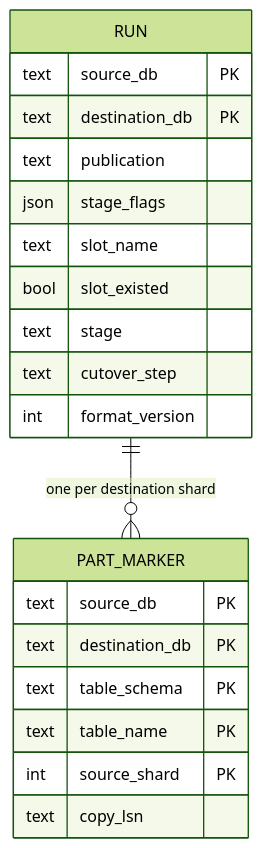
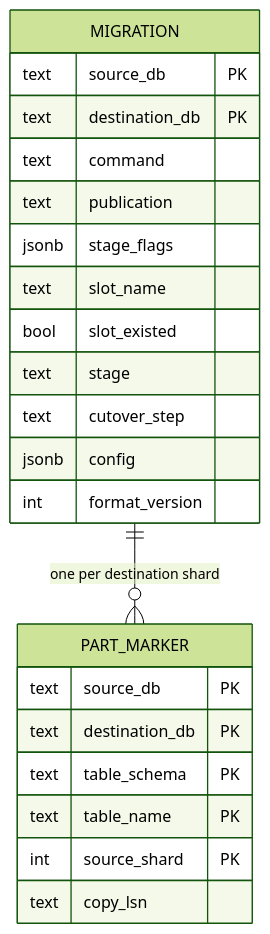
One commit to pgdogdev/pgdog changed the second of 6 diagrams in docs/RESUMABLE_RESHARDING.md. Above: the diagram before and after it, drawn with Mermaid (forest theme). The commit also changed other lines of this file, not shown here.

````diff
--- a/docs/RESUMABLE_RESHARDING.md
+++ b/docs/RESUMABLE_RESHARDING.md
@@ -150,23 +151,25 @@
 ```mermaid
 erDiagram
-  RUN ||--o{ PART_MARKER : "one per destination shard"
-  RUN {
+  MIGRATION ||--o{ PART_MARKER : "one per destination shard"
+  MIGRATION {
     text source_db PK
     text destination_db PK
+    text command
     text publication
-    json stage_flags
+    jsonb stage_flags
     text slot_name
     bool slot_existed
     text stage
     text cutover_step
+    jsonb config
     int format_version
   }
   PART_MARKER {
     text source_db PK
     text destination_db PK
     text table_schema PK
     text table_name PK
     int source_shard PK
     text copy_lsn
   }
 ```
````
